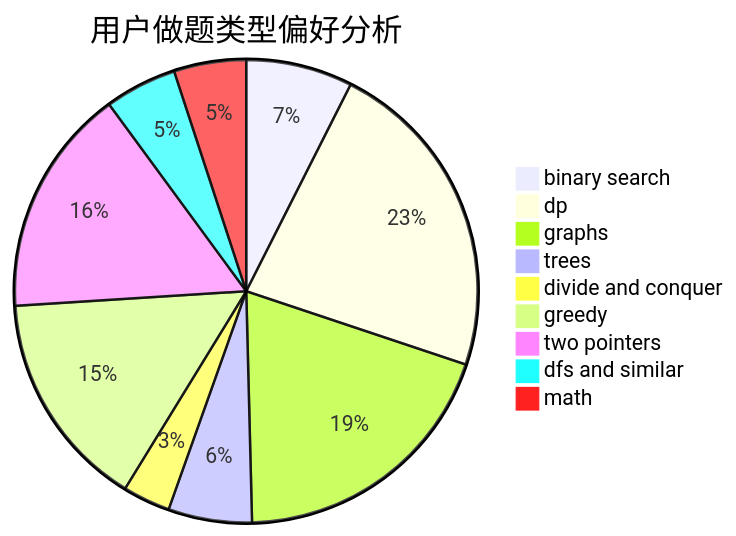
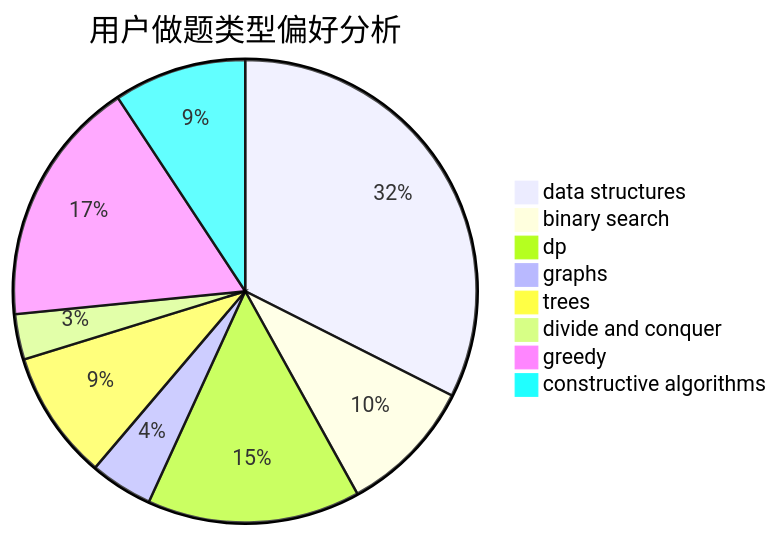
One commit to sherpahu/cfrs.github.io changed the second of 3 diagrams in docs/user/u1074.md. Above: the diagram before and after it, drawn with Mermaid. The commit also changed other lines of this file and 2775 other files, not shown here.

````diff
--- a/docs/user/u1074.md
+++ b/docs/user/u1074.md
@@ -23,12 +23,11 @@
 ```mermaid
 pie title 用户做题类型偏好分析
-    "binary search" :  65
-    "dp" :  198
-    "graphs" :  170
-    "trees" :  51
-    "divide and conquer" :  29
-    "greedy" :  133
-    "two pointers" :  139
-    "dfs and similar" :  44
-    "math" :  44
+    "data structures" :  133
+    "binary search" :  39
+    "dp" :  61
+    "graphs" :  18
+    "trees" :  37
+    "divide and conquer" :  13
+    "greedy" :  71
+    "constructive algorithms" :  38
 ```
````
